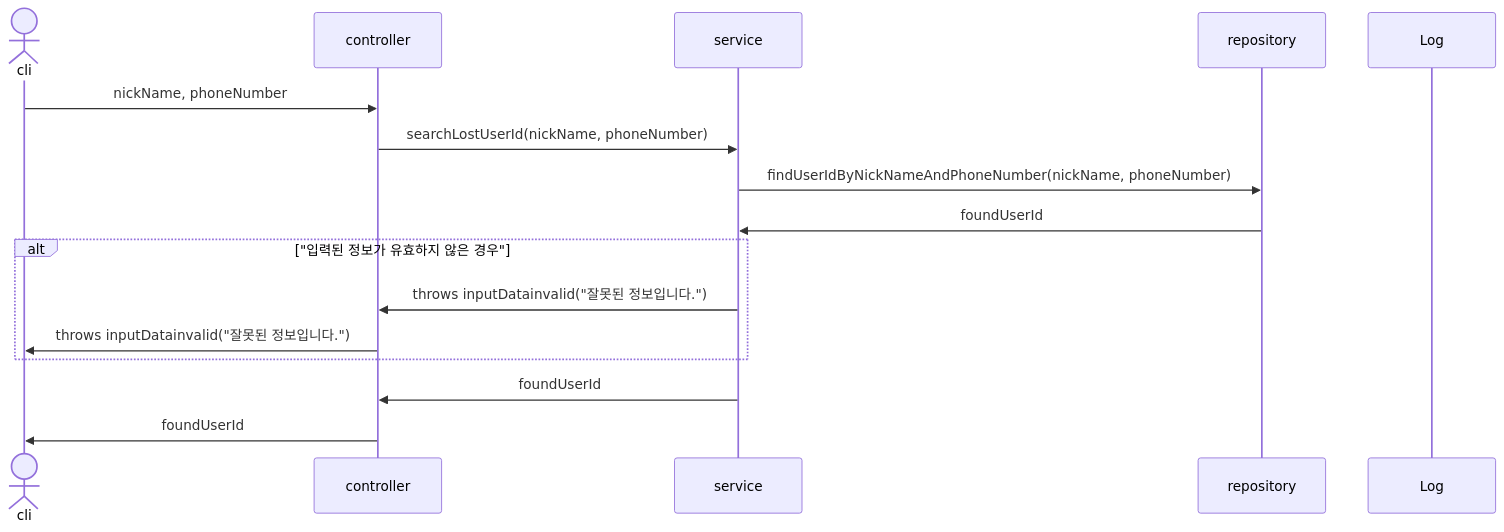
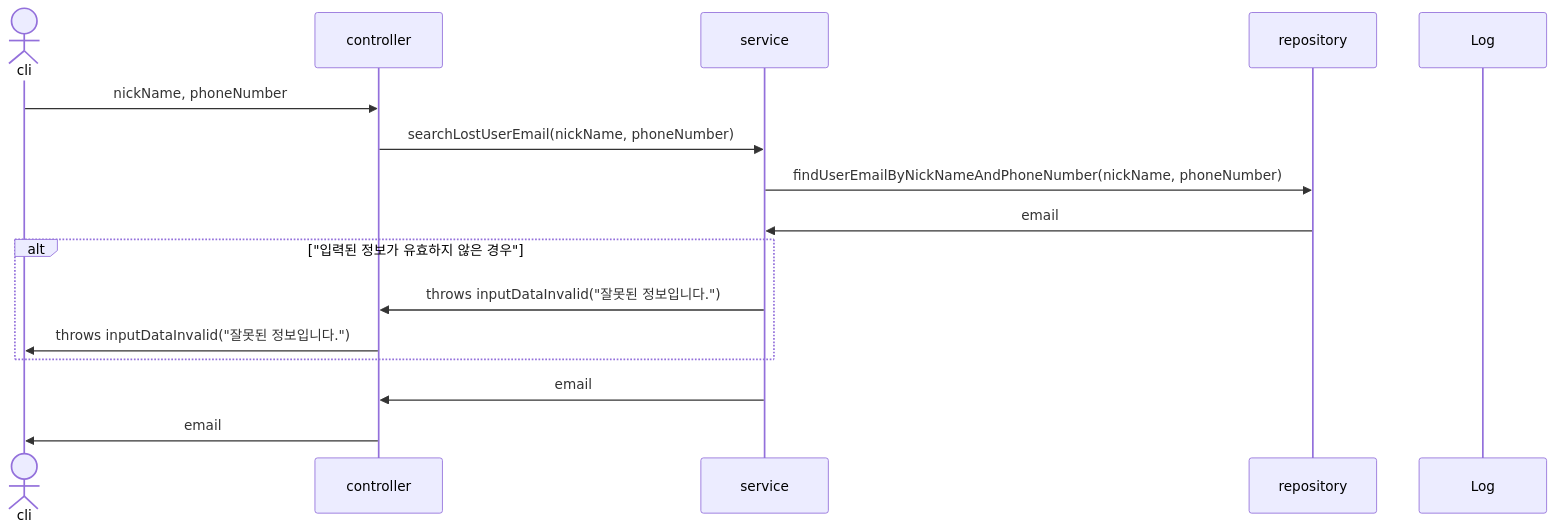
Before and after one commit to mtak0235/snsX: the tenth of 26 diagrams in sequence.md, drawn with Mermaid. The commit also changed other lines of this file, not shown here.

Commit message:
update searchLostUserEmail sequence diagram

````diff
--- a/sequence.md
+++ b/sequence.md
@@ -177,19 +177,19 @@
 ```mermaid
 sequenceDiagram
 actor cli
 participant c as controller
 participant s as service
 participant r as repository
 participant l as Log
 
 cli->>c: nickName, phoneNumber
-c->>s: searchLostUserId(nickName, phoneNumber)
-s->>r: findUserIdByNickNameAndPhoneNumber(nickName, phoneNumber)
-r->>s: foundUserId
+c->>s: searchLostUserEmail(nickName, phoneNumber)
+s->>r: findUserEmailByNickNameAndPhoneNumber(nickName, phoneNumber)
+r->>s: email
 alt "입력된 정보가 유효하지 않은 경우"
-s->>c: throws inputDatainvalid("잘못된 정보입니다.")
-c->>cli: throws inputDatainvalid("잘못된 정보입니다.")
+s->>c: throws inputDataInvalid("잘못된 정보입니다.")
+c->>cli: throws inputDataInvalid("잘못된 정보입니다.")
 end
-s->>c: foundUserId
-c->>cli: foundUserId
+s->>c: email
+c->>cli: email
 ```
````
